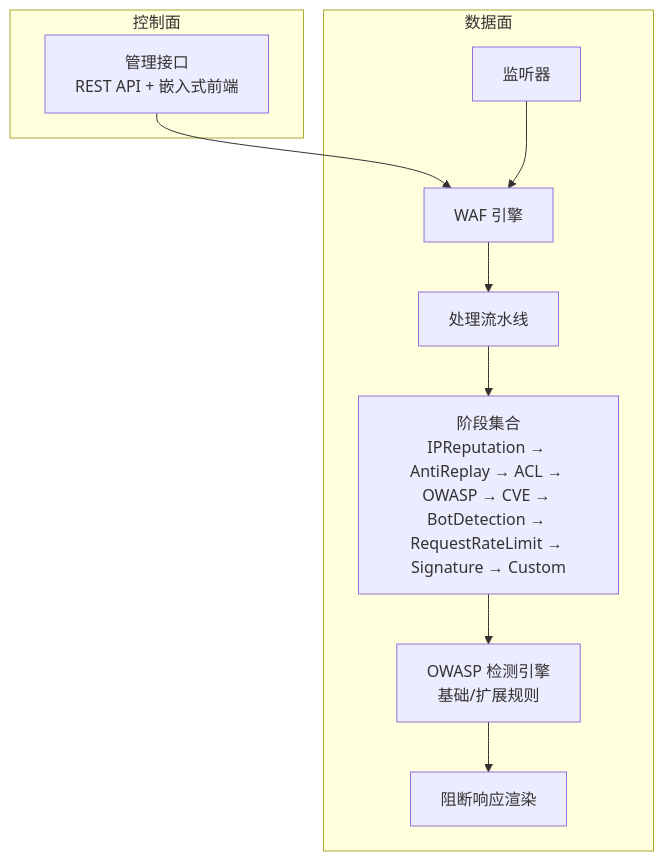
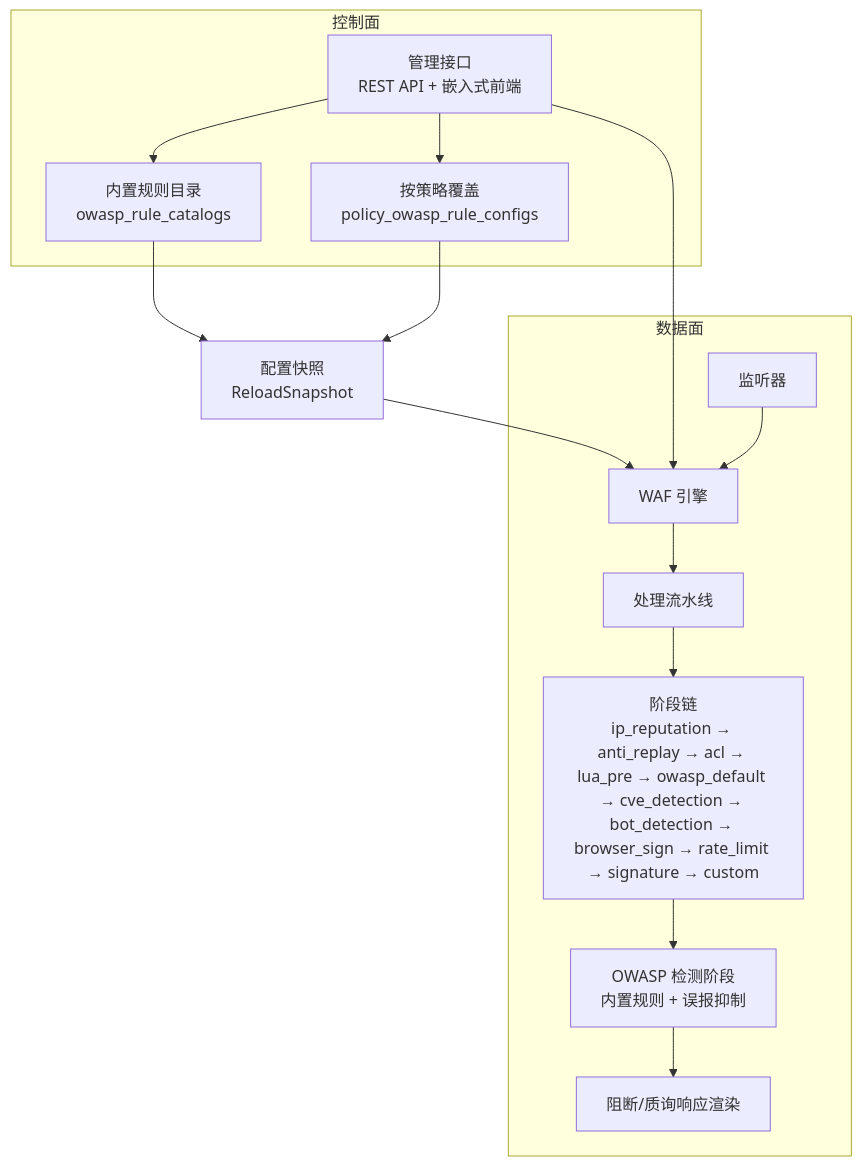
One commit to x01n/My-OpenWaf changed the first of 6 diagrams in docs/安全防护功能/OWASP 检测/OWASP 检测.md. Above: the diagram before and after it, drawn with Mermaid. The commit also changed other lines of this file and 622 other files, not shown here.

````diff
--- a/docs/安全防护功能/OWASP 检测/OWASP 检测.md
+++ b/docs/安全防护功能/OWASP 检测/OWASP 检测.md
@@ -43,20 +82,27 @@
 ```mermaid
 graph TB
 subgraph "控制面"
 Admin["管理接口<br/>REST API + 嵌入式前端"]
+Catalog["内置规则目录<br/>owasp_rule_catalogs"]
+Override["按策略覆盖<br/>policy_owasp_rule_configs"]
 end
 subgraph "数据面"
 Listener["监听器"]
 Engine["WAF 引擎"]
 Pipeline["处理流水线"]
-Phases["阶段集合<br/>IPReputation → AntiReplay → ACL → OWASP → CVE → BotDetection → RequestRateLimit → Signature → Custom"]
-OWASP["OWASP 检测引擎<br/>基础/扩展规则"]
-Block["阻断响应渲染"]
+Phases["阶段链<br/>ip_reputation → anti_replay → acl → lua_pre → owasp_default → cve_detection → bot_detection → browser_sign → rate_limit → signature → custom"]
+OWASP["OWASP 检测阶段<br/>内置规则 + 误报抑制"]
+Block["阻断/质询响应渲染"]
 end
+Admin --> Catalog
+Admin --> Override
+Catalog --> Snapshot["配置快照<br/>ReloadSnapshot"]
+Override --> Snapshot
+Snapshot --> Engine
 Admin --> Engine
 Listener --> Engine
 Engine --> Pipeline
 Pipeline --> Phases
 Phases --> OWASP
 OWASP --> Block
 ```
````
